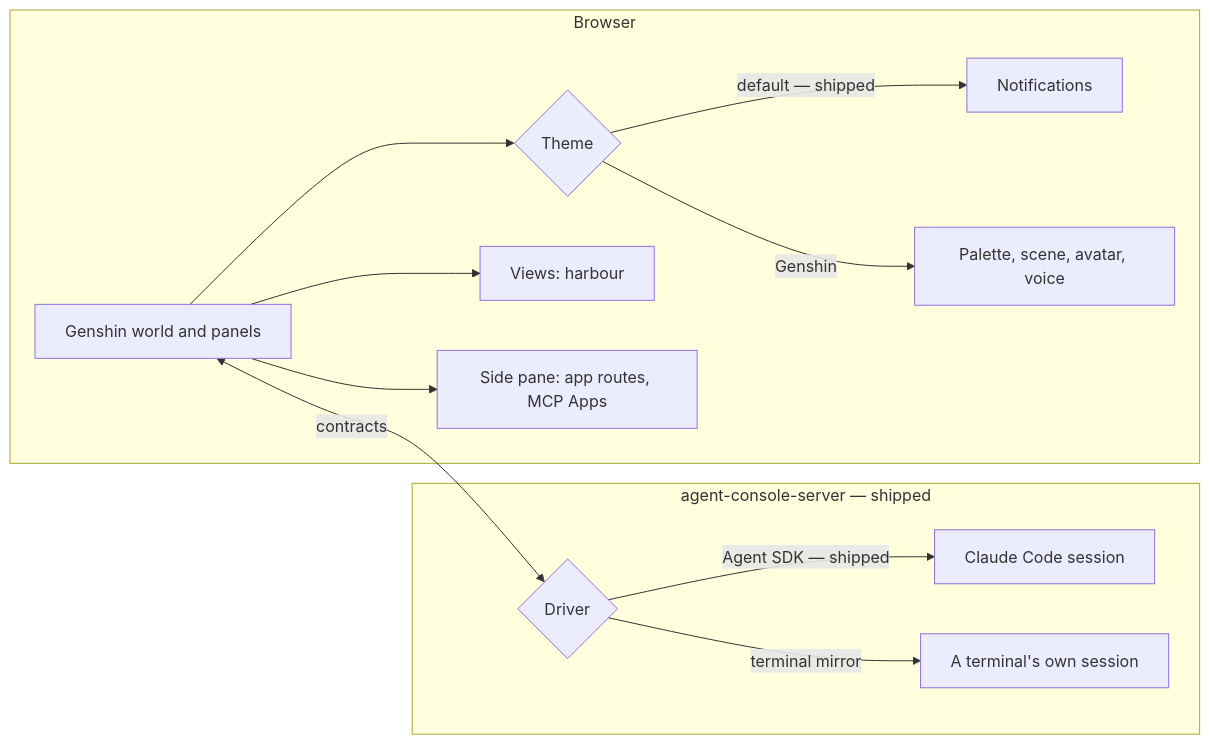
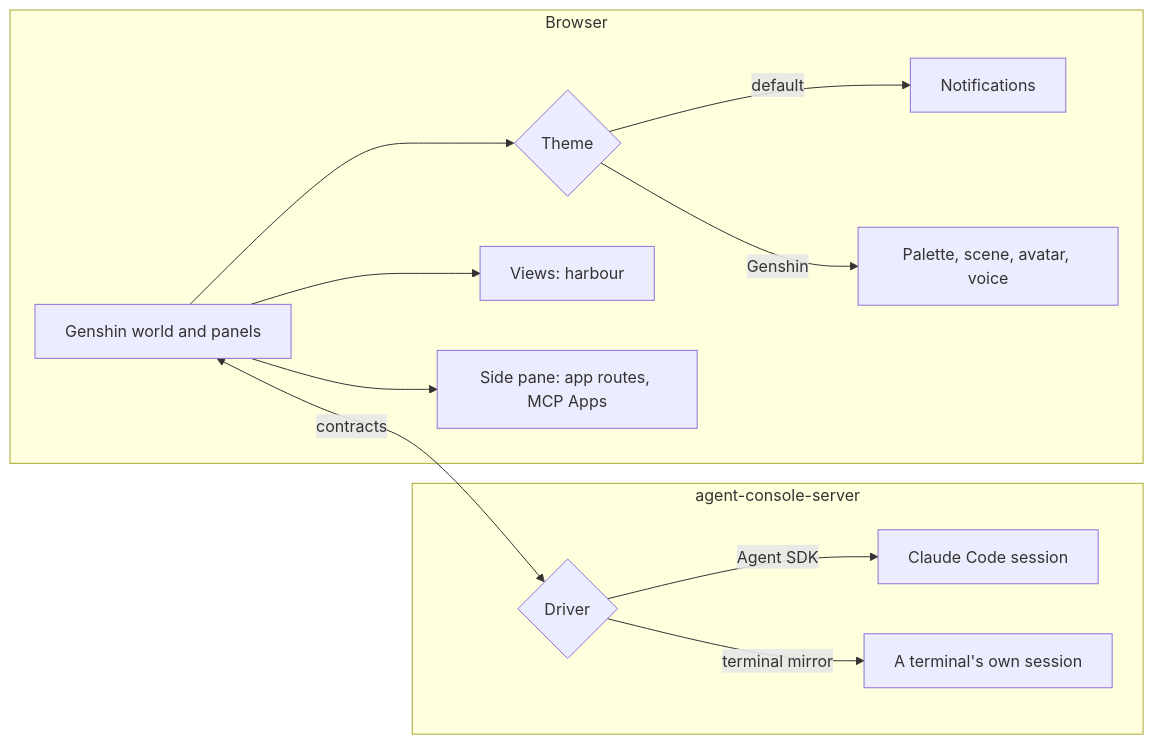
Before and after one commit to Esposter/Esposter: the first of 2 diagrams in apps/web/content/docs/proposals/infra/agent-console/index.md, drawn with Mermaid. The commit also changed other lines of this file and 2 other files, not shown here.

First line of the commit message:
docs(infra): the agent console proposals hold only what is unbuilt, the shipped phases and tiers leave

````diff
--- a/apps/web/content/docs/proposals/infra/agent-console/index.md
+++ b/apps/web/content/docs/proposals/infra/agent-console/index.md
@@ -27,15 +27,15 @@
 ```mermaid
 flowchart LR
   subgraph Browser
     W[Genshin world and panels] --> T{Theme}
-    T -->|default — shipped| N[Notifications]
+    T -->|default| N[Notifications]
     T -->|Genshin| G[Palette, scene, avatar, voice]
     W --> V[Views: harbour]
     W --> X[Side pane: app routes, MCP Apps]
   end
-  subgraph Host[agent-console-server — shipped]
-    D{Driver} -->|Agent SDK — shipped| C[Claude Code session]
+  subgraph Host[agent-console-server]
+    D{Driver} -->|Agent SDK| C[Claude Code session]
     D -->|terminal mirror| M[A terminal's own session]
   end
   W <-->|contracts| D
 ```
````
